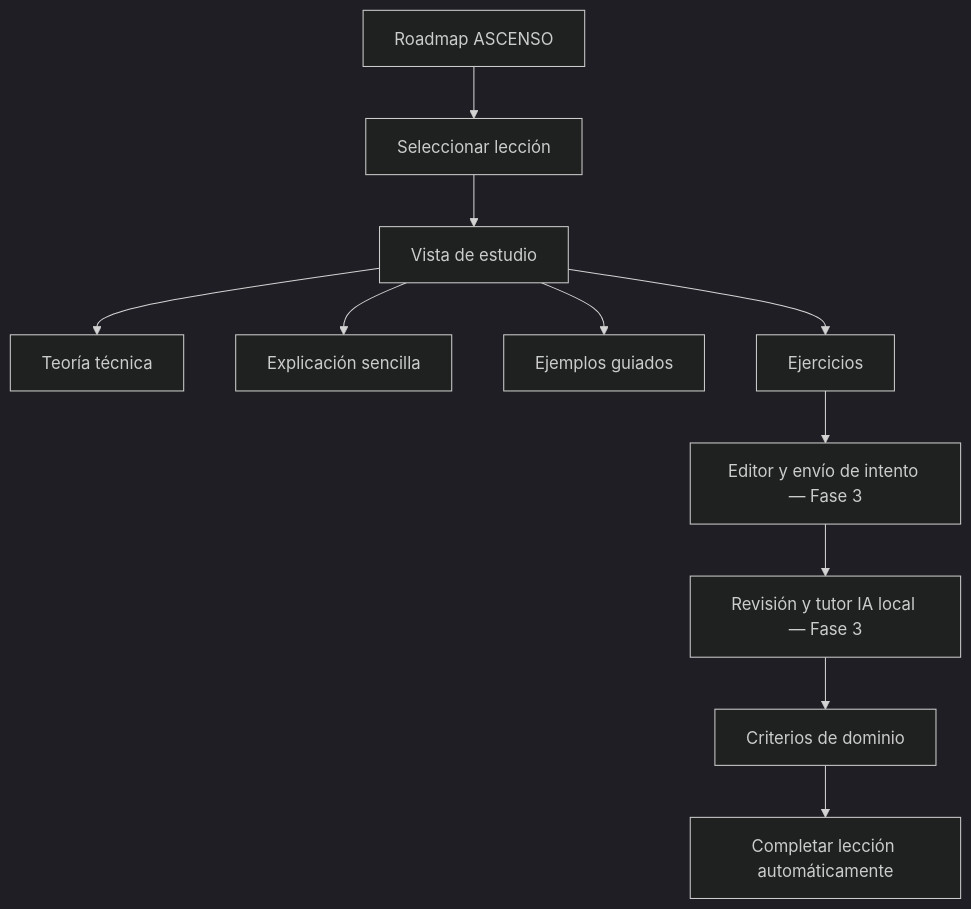
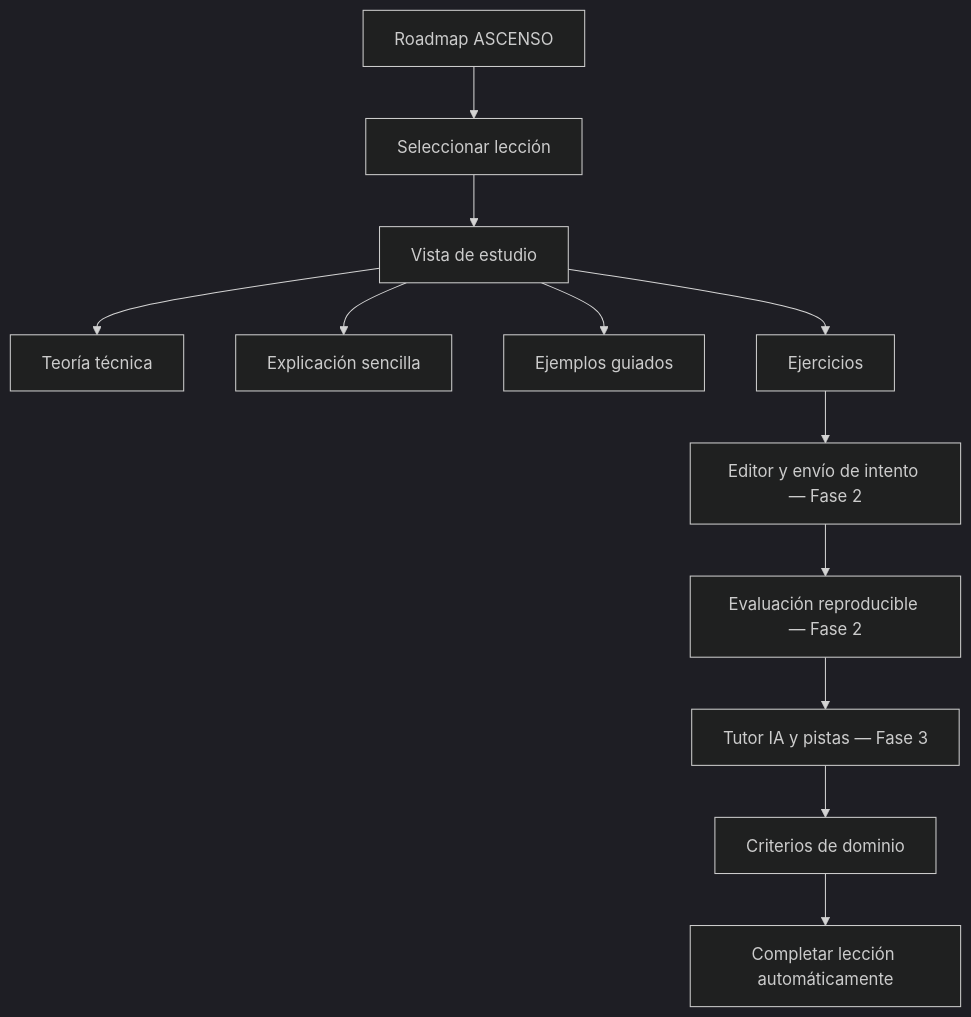
The second of 2 diagrams in docs/FASE_2_APRENDIZAJE.md (MaverickBms/CodeGuard-Pro), drawn with Mermaid (dark theme) before and after one commit. The commit also changed other lines of this file and 5 other files, not shown here.

````diff
--- a/docs/FASE_2_APRENDIZAJE.md
+++ b/docs/FASE_2_APRENDIZAJE.md
@@ -83,13 +83,14 @@
 ```mermaid
 flowchart TD
     A[Roadmap ASCENSO] --> B[Seleccionar lección]
     B --> C[Vista de estudio]
     C --> D[Teoría técnica]
     C --> E[Explicación sencilla]
     C --> F[Ejemplos guiados]
     C --> G[Ejercicios]
-    G --> H[Editor y envío de intento — Fase 3]
-    H --> I[Revisión y tutor IA local — Fase 3]
-    I --> J[Criterios de dominio]
-    J --> K[Completar lección automáticamente]
+    G --> H[Editor y envío de intento — Fase 2]
+    H --> I[Evaluación reproducible — Fase 2]
+    I --> J[Tutor IA y pistas — Fase 3]
+    J --> K[Criterios de dominio]
+    K --> L[Completar lección automáticamente]
 ```
````
